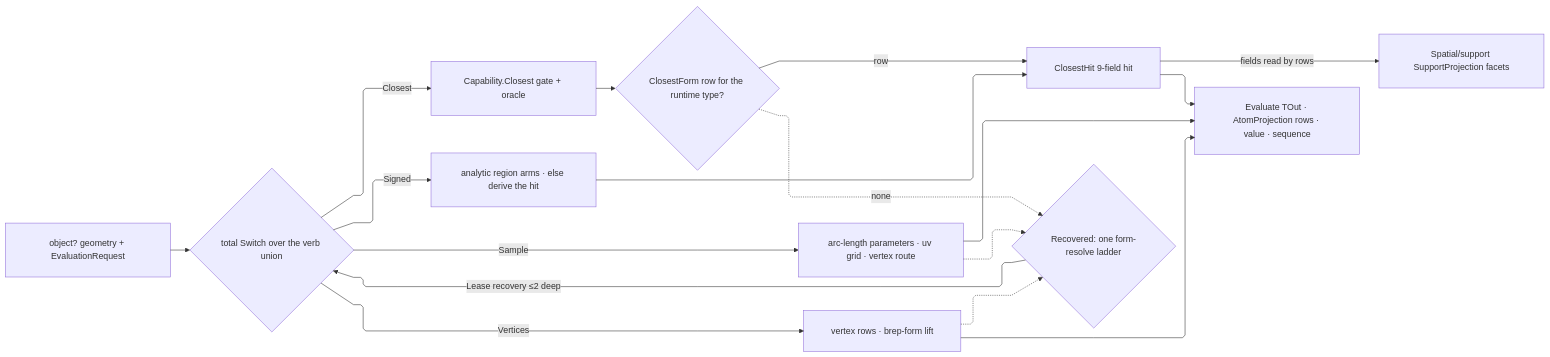
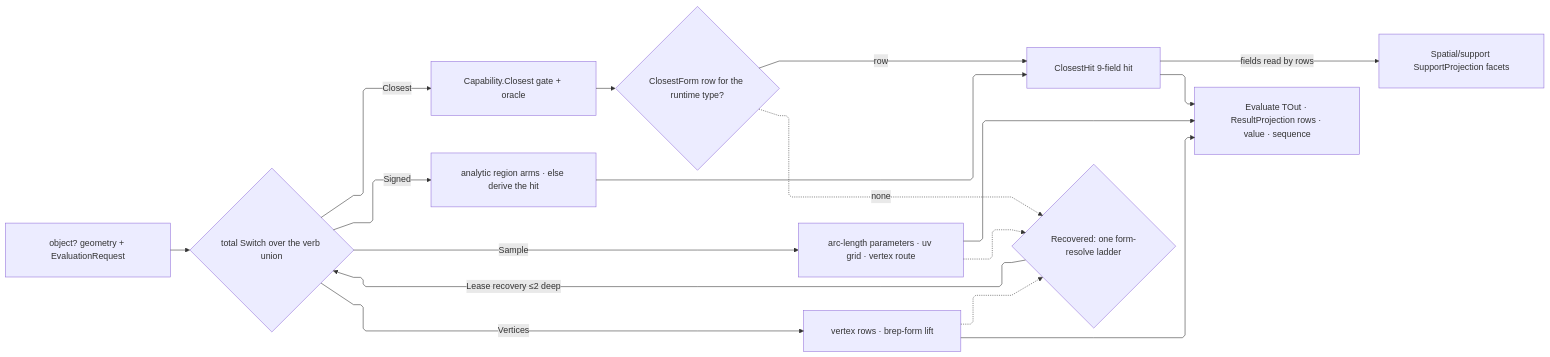
One commit to bsamiee/Rasm changed the diagram in libs/dotnet/Rasm/.planning/Domain/evaluation.md. Above: the diagram before and after it, drawn with Mermaid. The commit also changed other lines of this file and 99 other files, not shown here.

````diff
--- a/libs/dotnet/Rasm/.planning/Domain/evaluation.md
+++ b/libs/dotnet/Rasm/.planning/Domain/evaluation.md
@@ -430,28 +430,28 @@
 ```mermaid
 ---
 config:
   layout: elk
   flowchart:
     curve: linear
     padding: 25
 ---
 flowchart LR
     accTitle: Evaluation request dispatch and recovery spine
     accDescr: One request union dispatching four verbs over admitted geometry, the closest verb reading the ordered recovery roster into a nine-field hit, every verb sharing one form-resolve ladder for value shapes, and the typed Evaluate TOut egress fanning into the projection rows.
     Raw["object? geometry + EvaluationRequest"] --> Dispatch{"total Switch over the verb union"}
     Dispatch -->|Closest| Gate["Capability.Closest gate + oracle"]
     Gate --> Roster{"ClosestForm row for the runtime type?"}
     Roster -->|row| Hit["ClosestHit 9-field hit"]
     Roster -.->|none| Ladder
     Dispatch -->|Signed| Signed["analytic region arms · else derive the hit"]
     Dispatch -->|Sample| Sampling["arc-length parameters · uv grid · vertex route"]
     Dispatch -->|Vertices| VertexRows["vertex rows · brep-form lift"]
     Sampling -.-> Ladder{"Recovered: one form-resolve ladder"}
     VertexRows -.-> Ladder
     Signed --> Hit
     Ladder -->|"Lease recovery ≤2 deep"| Dispatch
-    Hit --> Typed["Evaluate TOut · AtomProjection rows · value · sequence"]
+    Hit --> Typed["Evaluate TOut · ResultProjection rows · value · sequence"]
     Sampling --> Typed
     VertexRows --> Typed
     Hit -->|fields read by rows| Support["Spatial/support SupportProjection facets"]
 ```
````
